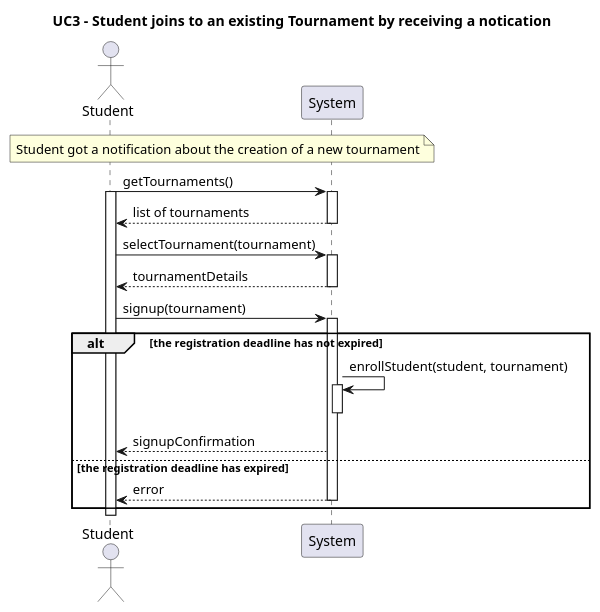
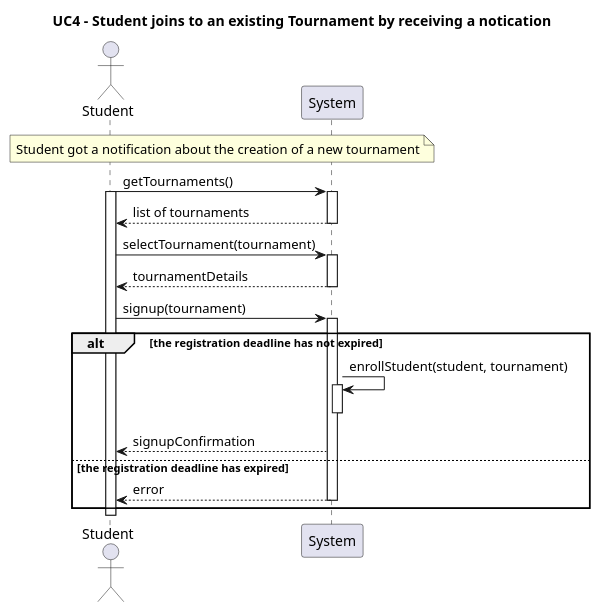
Before and after one commit to Furrrlo/CodeKataBattle: the diagram in rasd/puml/UC4.puml, drawn with PlantUML. The commit also changed 5 other files, not shown here.

Commit message:
Fix seq diagram titles

```diff
--- a/rasd/puml/UC4.puml
+++ b/rasd/puml/UC4.puml
@@ -1,25 +1,25 @@
-@startuml UC3
-title UC3 - Student joins to an existing Tournament by receiving a notication      
+@startuml UC4
+title UC4 - Student joins to an existing Tournament by receiving a notication      
 actor Student
 participant System
 
 note across: Student got a notification about the creation of a new tournament
 
 Student -> System ++: getTournaments()
 activate Student
 System --> Student--: list of tournaments
 
 
 
 Student -> System ++ : selectTournament(tournament)
 Student <-- System -- : tournamentDetails
 
 Student -> System ++ : signup(tournament)
 alt the registration deadline has not expired
     System -> System ++-- : enrollStudent(student, tournament)
     Student <-- System : signupConfirmation
 else the registration deadline has expired
     Student <-- System -- : error
 end
 deactivate Student
 @enduml
```
